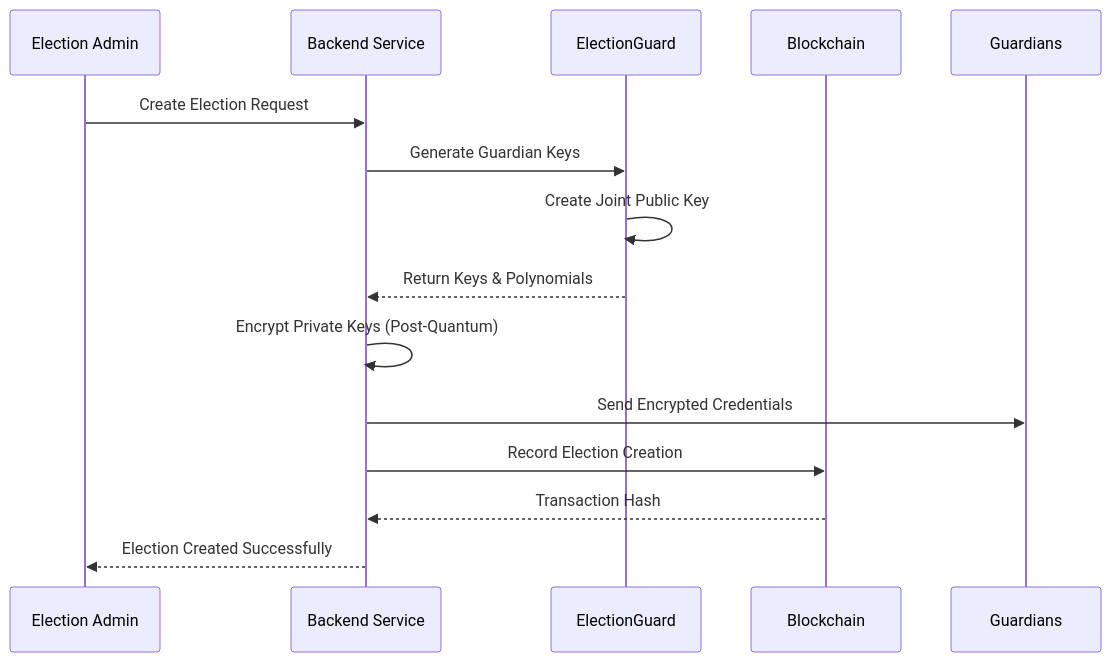
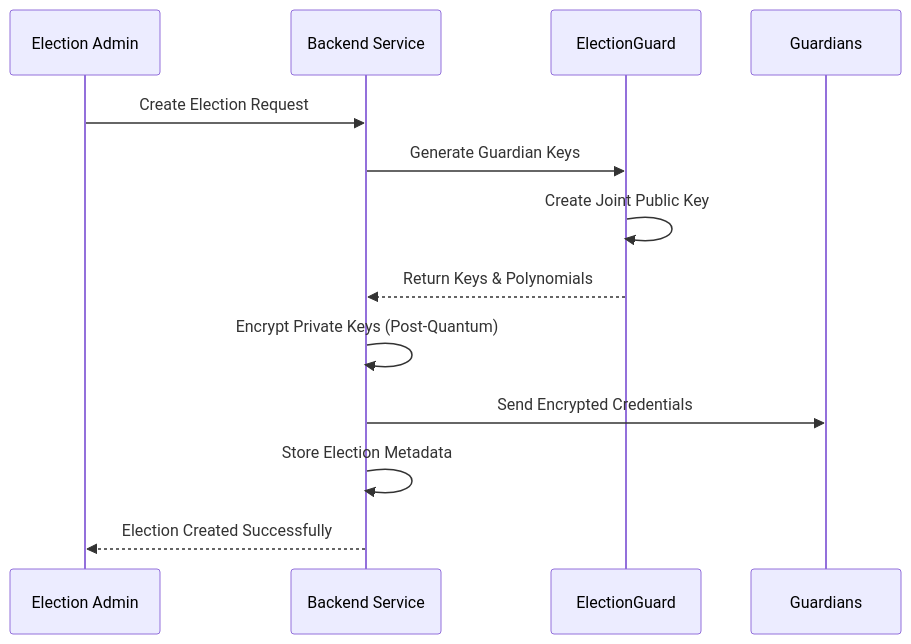
Before and after one commit to TAR2003/AmarVote: the first of 3 diagrams in backend/src/main/resources/pdf/AmarVote_User_Guide.md, drawn with Mermaid. The commit also changed other lines of this file and 34 other files, not shown here.

````diff
--- a/backend/src/main/resources/pdf/AmarVote_User_Guide.md
+++ b/backend/src/main/resources/pdf/AmarVote_User_Guide.md
@@ -210,18 +195,16 @@
 ```mermaid
 sequenceDiagram
     participant Admin as Election Admin
     participant Backend as Backend Service
     participant EG as ElectionGuard
-    participant BC as Blockchain
     participant Guardians as Guardians
 
     Admin->>Backend: Create Election Request
     Backend->>EG: Generate Guardian Keys
     EG->>EG: Create Joint Public Key
     EG-->>Backend: Return Keys & Polynomials
     Backend->>Backend: Encrypt Private Keys (Post-Quantum)
     Backend->>Guardians: Send Encrypted Credentials
-    Backend->>BC: Record Election Creation
-    BC-->>Backend: Transaction Hash
+    Backend->>Backend: Store Election Metadata
     Backend-->>Admin: Election Created Successfully
 ```
````
